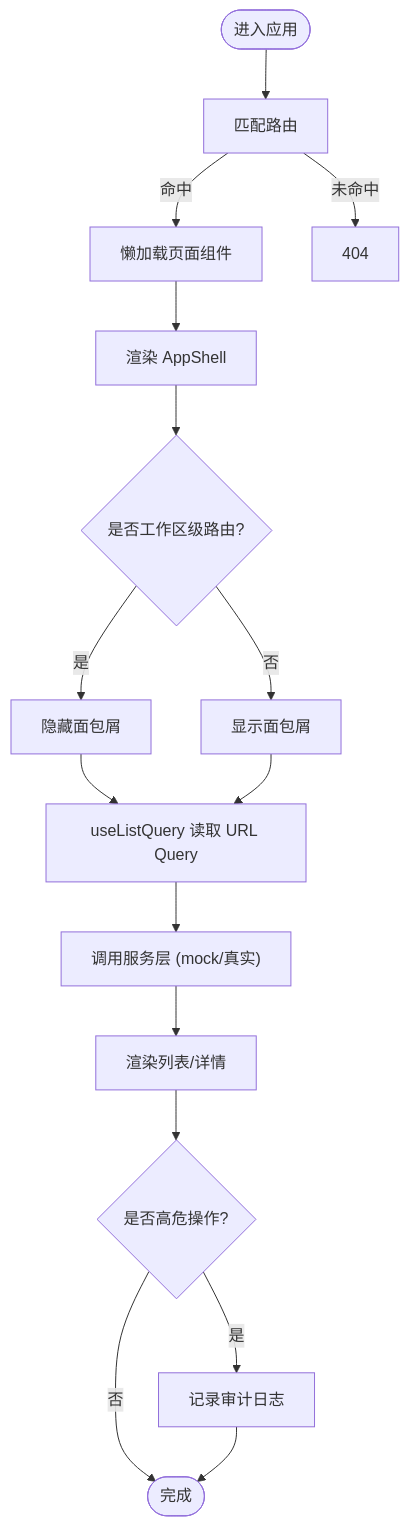
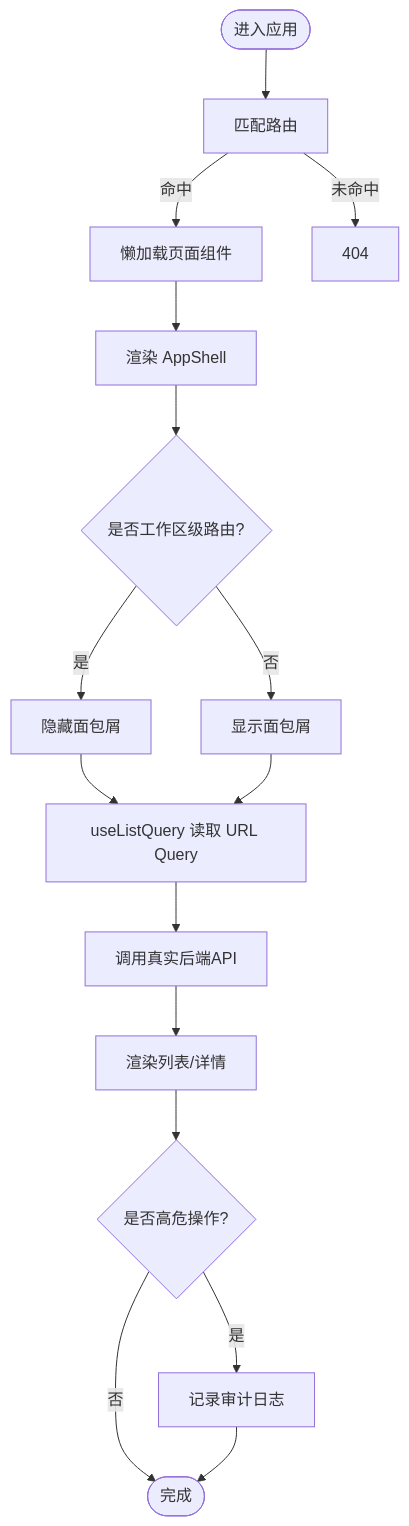
Before and after one commit to huiliuxu780/MoreThanCorn: the third of 5 diagrams in .qoder/repowiki/zh/content/前端架构与页面清单.md, drawn with Mermaid. The commit also changed other lines of this file and 25 other files, not shown here.

````diff
--- a/.qoder/repowiki/zh/content/前端架构与页面清单.md
+++ b/.qoder/repowiki/zh/content/前端架构与页面清单.md
@@ -229,18 +231,18 @@
 ```mermaid
 flowchart TD
 Start(["进入应用"]) --> CheckRoute["匹配路由"]
 CheckRoute --> |命中| LazyLoad["懒加载页面组件"]
 CheckRoute --> |未命中| NotFound["404"]
 LazyLoad --> RenderShell["渲染 AppShell"]
 RenderShell --> ShowBreadcrumbs{"是否工作区级路由?"}
 ShowBreadcrumbs --> |是| HideBC["隐藏面包屑"]
 ShowBreadcrumbs --> |否| ShowBC["显示面包屑"]
 HideBC --> LoadData["useListQuery 读取 URL Query"]
 ShowBC --> LoadData
-LoadData --> CallService["调用服务层 (mock/真实)"]
+LoadData --> CallService["调用真实后端API"]
 CallService --> Display["渲染列表/详情"]
 Display --> AuditCheck{"是否高危操作?"}
 AuditCheck --> |是| LogAudit["记录审计日志"]
 AuditCheck --> |否| End(["完成"])
 LogAudit --> End
 ```
````
